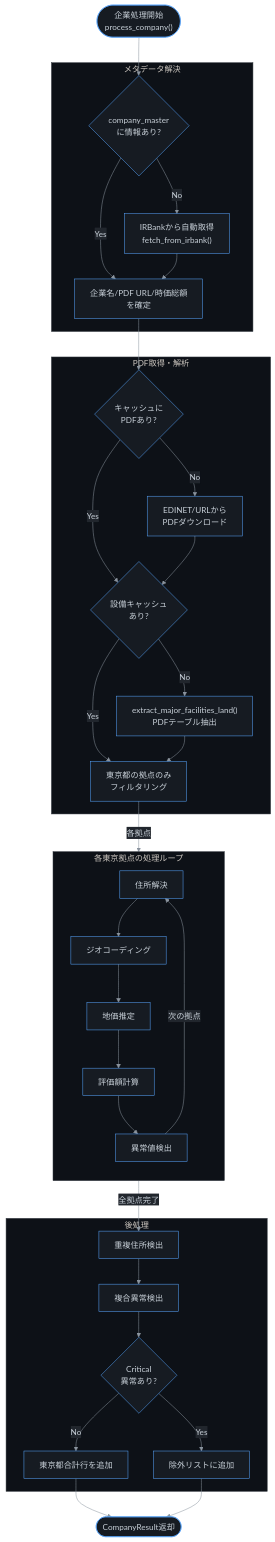
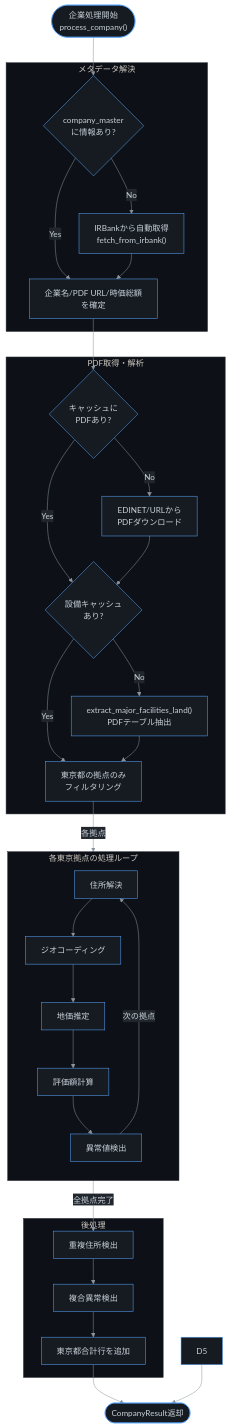
Before and after one commit to expgolemclone/land_value_research: the second of 12 diagrams in docs/ARCHITECTURE.md, drawn with Mermaid. The commit also changed other lines of this file and 5 other files, not shown here.

````diff
--- a/docs/ARCHITECTURE.md
+++ b/docs/ARCHITECTURE.md
@@ -121,61 +118,57 @@
 ```mermaid
 %%{init: {"theme":"base","themeVariables":{"background":"#0d1117","primaryColor":"#161b22","primaryTextColor":"#c9d1d9","primaryBorderColor":"#58a6ff","secondaryColor":"#21262d","tertiaryColor":"#30363d","lineColor":"#8b949e","clusterBkg":"#0d1117","clusterBorder":"#30363d"}}}%%
 flowchart TD
     START(["企業処理開始<br>process_company()"])
 
     subgraph META["メタデータ解決"]
         M1{"company_master<br>に情報あり?"}
         M2["IRBankから自動取得<br>fetch_from_irbank()"]
         M3["企業名/PDF URL/時価総額<br>を確定"]
     end
 
     subgraph PDF["PDF取得・解析"]
         P1{"キャッシュに<br>PDFあり?"}
         P2["EDINET/URLから<br>PDFダウンロード"]
         P3{"設備キャッシュ<br>あり?"}
         P4["extract_major_facilities_land()<br>PDFテーブル抽出"]
         P5["東京都の拠点のみ<br>フィルタリング"]
     end
 
     subgraph SITE["各東京拠点の処理ループ"]
         direction TB
         S1["住所解決"]
         S2["ジオコーディング"]
         S3["地価推定"]
         S4["評価額計算"]
         S5["異常値検出"]
     end
 
     subgraph POST["後処理"]
         D1["重複住所検出"]
         D2["複合異常検出"]
-        D3{"Critical<br>異常あり?"}
         D4["東京都合計行を追加"]
-        D5["除外リストに追加"]
     end
 
     START --> M1
     M1 -->|No| M2
     M1 -->|Yes| M3
     M2 --> M3
 
     M3 --> P1
     P1 -->|No| P2
     P1 -->|Yes| P3
     P2 --> P3
     P3 -->|No| P4
     P3 -->|Yes| P5
     P4 --> P5
 
     P5 -->|"各拠点"| S1
     S1 --> S2 --> S3 --> S4 --> S5
     S5 -->|"次の拠点"| S1
 
     S5 -->|"全拠点完了"| D1
-    D1 --> D2 --> D3
-    D3 -->|Yes| D5
-    D3 -->|No| D4
+    D1 --> D2 --> D4
 
     D4 --> END(["CompanyResult返却"])
     D5 --> END
 ```
````
